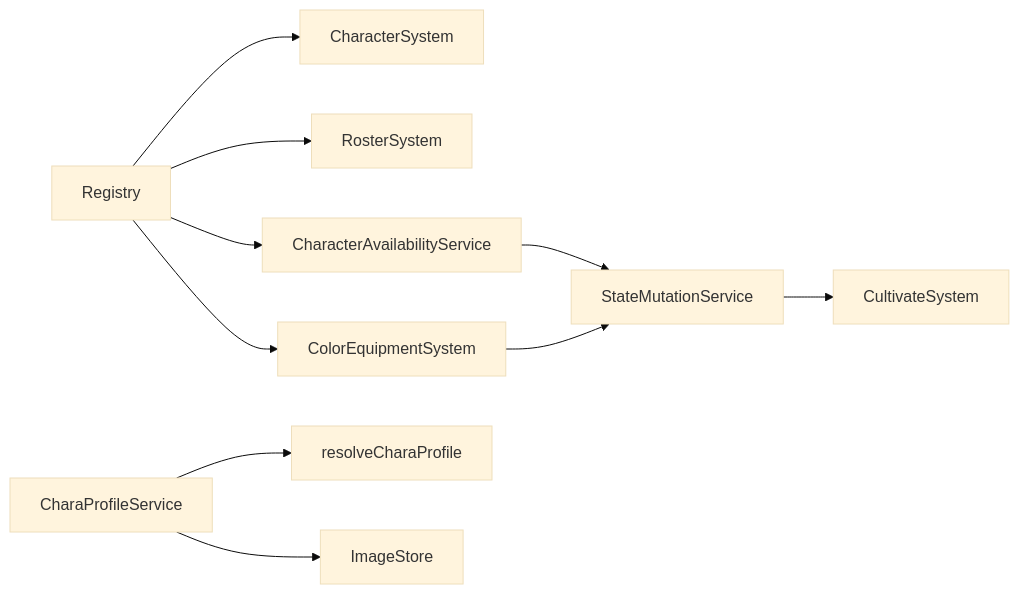
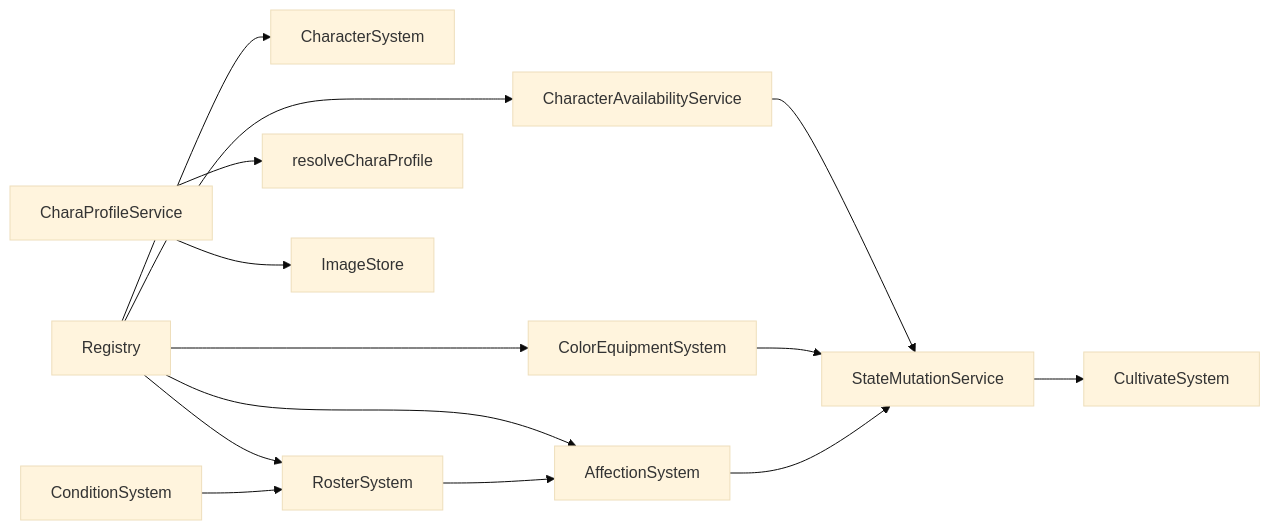
One commit to EsiLA9/Arona-Clicker changed diagram 12 of 12 in .qoder/repowiki/zh/content/游戏系统/角色系统.md. Above: the diagram before and after it, drawn with Mermaid (base theme). The commit also changed other lines of this file and 79 other files, not shown here.

````diff
--- a/.qoder/repowiki/zh/content/游戏系统/角色系统.md
+++ b/.qoder/repowiki/zh/content/游戏系统/角色系统.md
@@ -389,12 +492,16 @@
 ```mermaid
 graph LR
 Reg["Registry"] --> CS["CharacterSystem"]
 Reg --> RS["RosterSystem"]
 Reg --> AV["CharacterAvailabilityService"]
 Reg --> CES["ColorEquipmentSystem"]
+Reg --> AS["AffectionSystem"]
 AV --> Mut["StateMutationService"]
 CES --> Mut
+AS --> Mut
+RS --> AS
 Mut --> Cult["CultivateSystem"]
 CPS["CharaProfileService"] --> Core["resolveCharaProfile"]
 CPS --> Img["ImageStore"]
+CSys["ConditionSystem"] --> RS
 ```
````
